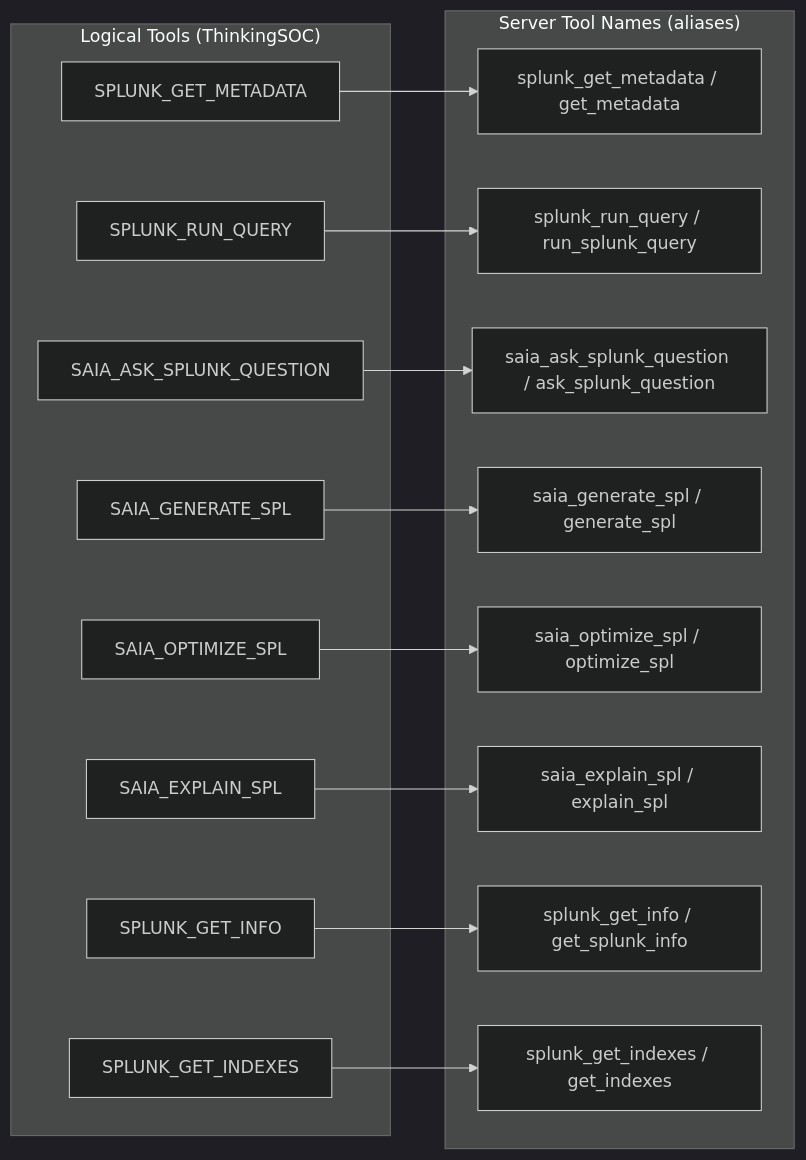
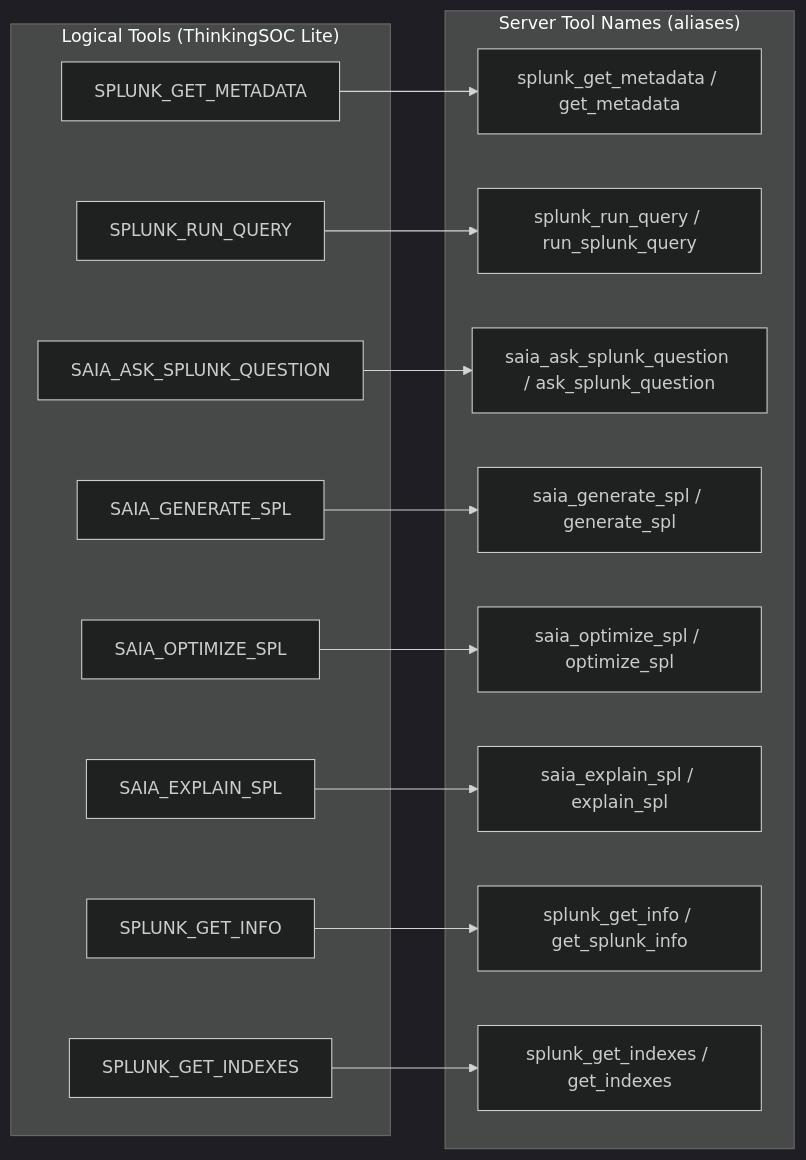
The second of 3 diagrams in docs/15-splunk-mcp-integration.md (Sepideh-Asadollahi/ThinkingSOC-splunk-hackathon), drawn with Mermaid (dark theme) before and after one commit. The commit also changed other lines of this file and 124 other files, not shown here.

Commit message:
feat: unify product branding as ThinkingSOC Lite

````diff
--- a/docs/15-splunk-mcp-integration.md
+++ b/docs/15-splunk-mcp-integration.md
@@ -65,33 +65,33 @@
 ```mermaid
 flowchart LR
-  subgraph logical ["Logical Tools (ThinkingSOC)"]
+  subgraph logical ["Logical Tools (ThinkingSOC Lite)"]
     GetMeta["SPLUNK_GET_METADATA"]
     RunQuery["SPLUNK_RUN_QUERY"]
     AskSplunk["SAIA_ASK_SPLUNK_QUESTION"]
     GenSPL["SAIA_GENERATE_SPL"]
     OptSPL["SAIA_OPTIMIZE_SPL"]
     ExpSPL["SAIA_EXPLAIN_SPL"]
     GetInfo["SPLUNK_GET_INFO"]
     GetIdx["SPLUNK_GET_INDEXES"]
   end
 
   subgraph server ["Server Tool Names (aliases)"]
     SMeta["splunk_get_metadata / get_metadata"]
     SQuery["splunk_run_query / run_splunk_query"]
     SAsk["saia_ask_splunk_question / ask_splunk_question"]
     SGen["saia_generate_spl / generate_spl"]
     SOpt["saia_optimize_spl / optimize_spl"]
     SExp["saia_explain_spl / explain_spl"]
     SInfo["splunk_get_info / get_splunk_info"]
     SIdx["splunk_get_indexes / get_indexes"]
   end
 
   GetMeta --> SMeta
   RunQuery --> SQuery
   AskSplunk --> SAsk
   GenSPL --> SGen
   OptSPL --> SOpt
   ExpSPL --> SExp
   GetInfo --> SInfo
   GetIdx --> SIdx
 ```
````
